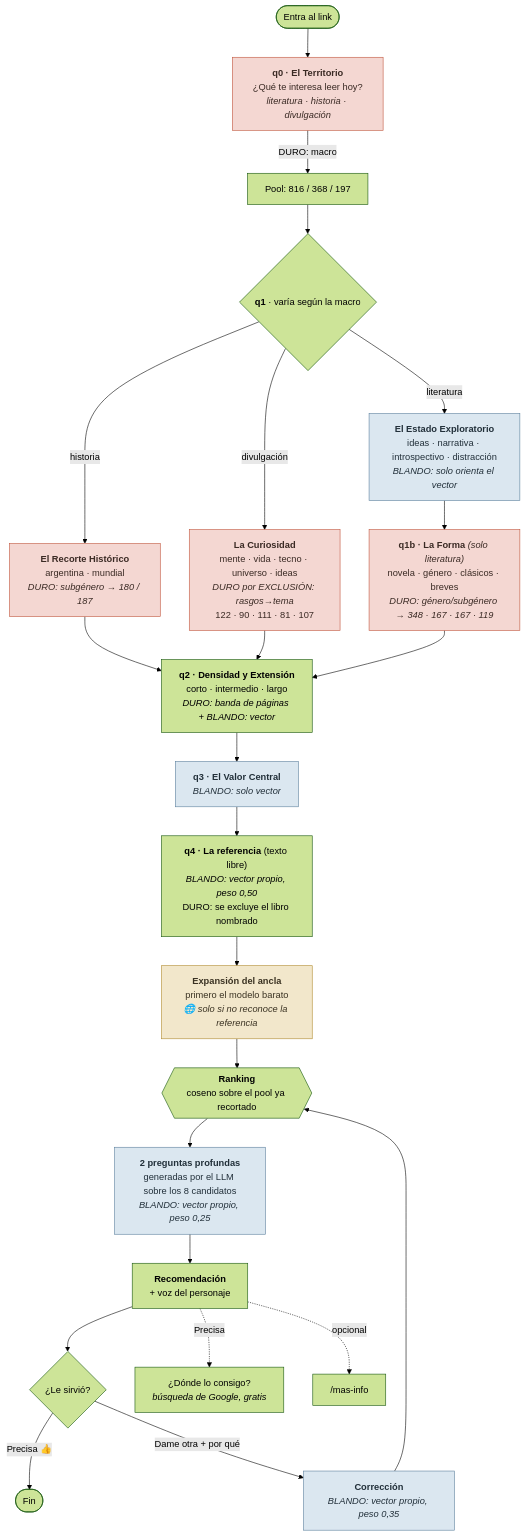
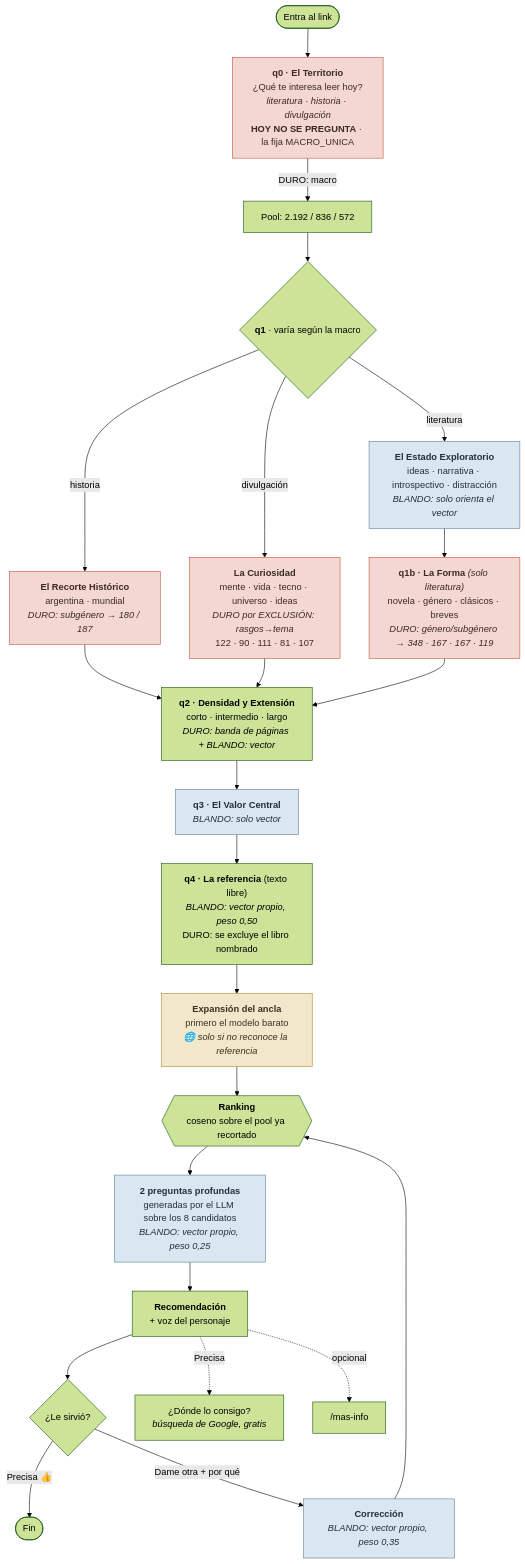
One commit to nvranco/librero changed the diagram in docs/pipeline-recomendacion.md. Above: the diagram before and after it, drawn with Mermaid (forest theme). The commit also changed other lines of this file and 4 other files, not shown here.

````diff
--- a/docs/pipeline-recomendacion.md
+++ b/docs/pipeline-recomendacion.md
@@ -23,44 +36,44 @@
 ```mermaid
 flowchart TD
     START([Entra al link]) --> Q0
 
-    Q0["<b>q0 · El Territorio</b><br/>¿Qué te interesa leer hoy?<br/><i>literatura · historia · divulgación</i>"]
-    Q0 -->|"DURO: macro"| POOL1["Pool: 816 / 368 / 197"]
+    Q0["<b>q0 · El Territorio</b><br/>¿Qué te interesa leer hoy?<br/><i>literatura · historia · divulgación</i><br/><b>HOY NO SE PREGUNTA</b> · la fija MACRO_UNICA"]
+    Q0 -->|"DURO: macro"| POOL1["Pool: 2.192 / 836 / 572"]
 
     POOL1 --> Q1{"<b>q1</b> · varía según la macro"}
 
     Q1 -->|literatura| Q1L["<b>El Estado Exploratorio</b><br/>ideas · narrativa · introspectivo · distracción<br/><i>BLANDO: solo orienta el vector</i>"]
     Q1 -->|historia| Q1H["<b>El Recorte Histórico</b><br/>argentina · mundial<br/><i>DURO: subgénero → 180 / 187</i>"]
     Q1 -->|divulgación| Q1D["<b>La Curiosidad</b><br/>mente · vida · tecno · universo · ideas<br/><i>DURO por EXCLUSIÓN: rasgos→tema</i><br/>122 · 90 · 111 · 81 · 107"]
 
     Q1L --> Q1B["<b>q1b · La Forma</b> <i>(solo literatura)</i><br/>novela · género · clásicos · breves<br/><i>DURO: género/subgénero → 348 · 167 · 167 · 119</i>"]
     Q1H --> Q2
     Q1D --> Q2
     Q1B --> Q2
 
     Q2["<b>q2 · Densidad y Extensión</b><br/>corto · intermedio · largo<br/><i>DURO: banda de páginas + BLANDO: vector</i>"]
     Q2 --> Q3["<b>q3 · El Valor Central</b><br/><i>BLANDO: solo vector</i>"]
     Q3 --> Q4["<b>q4 · La referencia</b> (texto libre)<br/><i>BLANDO: vector propio, peso 0,50</i><br/>DURO: se excluye el libro nombrado"]
 
     Q4 --> ANCLA["<b>Expansión del ancla</b><br/>primero el modelo barato<br/><i>🌐 solo si no reconoce la referencia</i>"]
     ANCLA --> RANK
 
     RANK{{"<b>Ranking</b><br/>coseno sobre el pool ya recortado"}}
     RANK --> PROF["<b>2 preguntas profundas</b><br/>generadas por el LLM sobre los 8 candidatos<br/><i>BLANDO: vector propio, peso 0,25</i>"]
     PROF --> REC1["<b>Recomendación</b><br/>+ voz del personaje"]
 
     REC1 --> VER{"¿Le sirvió?"}
     VER -->|"Precisa 👍"| FIN([Fin])
     VER -->|"Dame otra + por qué"| CORR["<b>Corrección</b><br/><i>BLANDO: vector propio, peso 0,35</i>"]
     CORR --> RANK
 
     REC1 -.->|"Precisa"| CONSEGUIR["¿Dónde lo consigo?<br/><i>búsqueda de Google, gratis</i>"]
     REC1 -.->|opcional| EXTRA["/mas-info"]
 
     classDef duro fill:#f4d7d2,stroke:#c0553c,color:#3a2a24
     classDef blando fill:#dbe7f0,stroke:#5b7f9c,color:#22303a
     classDef web fill:#f2e7cb,stroke:#b08a2e,color:#3a3222
     class Q0,Q1H,Q1D,Q1B duro
     class Q1L,Q3,PROF,CORR blando
     class ANCLA web
 ```
````
